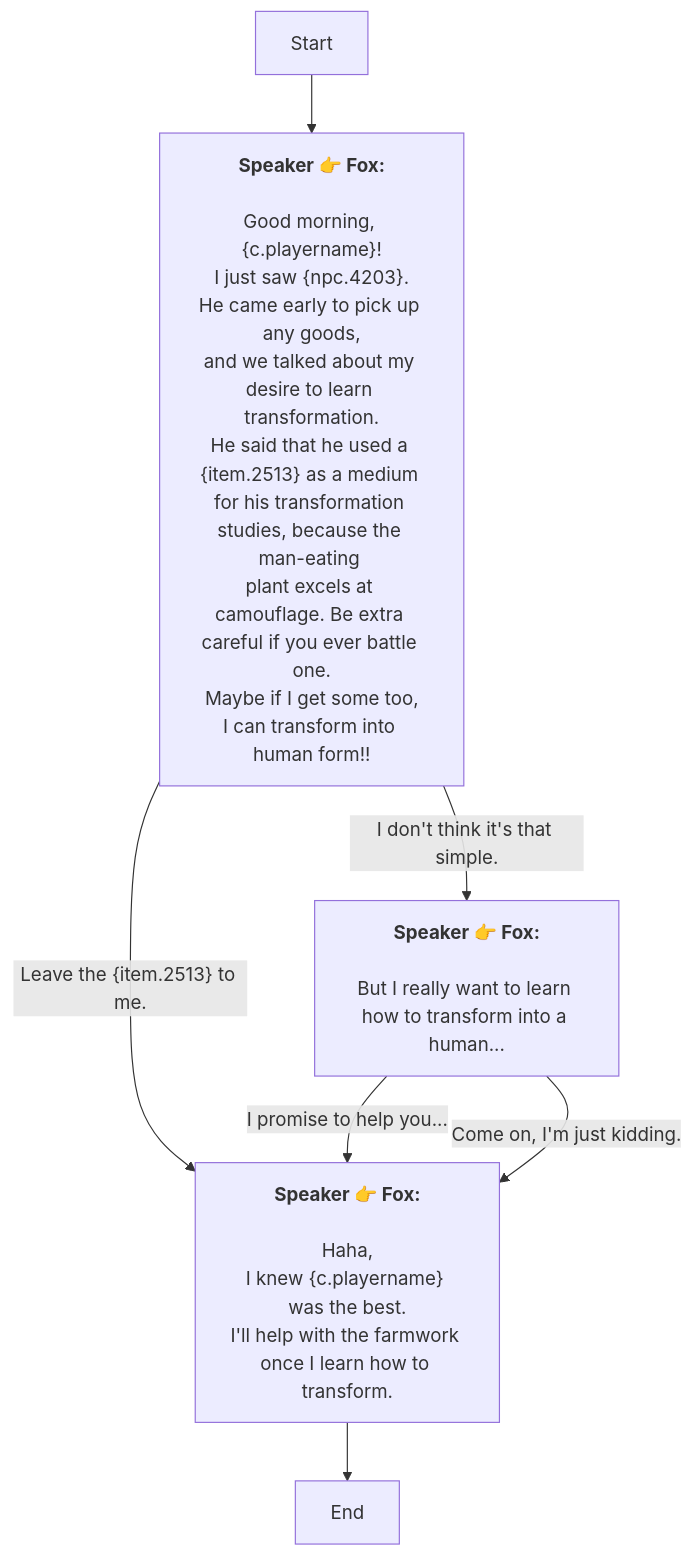
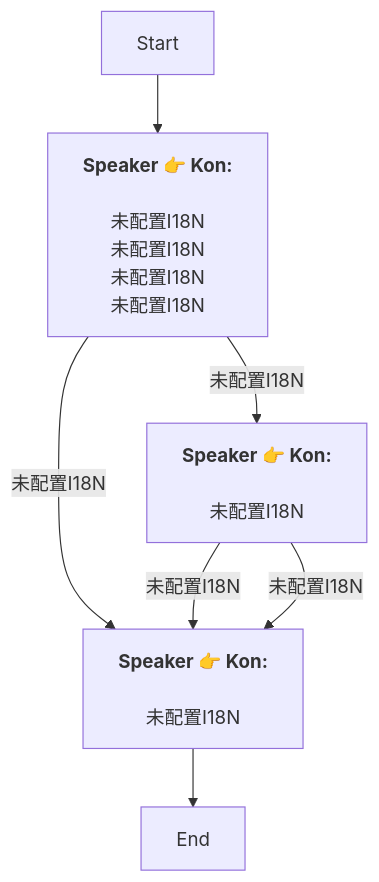
Before and after one commit to SoftHu/tos_avg: the diagram in En/QuestStartTalkENode_1738538277243034.md, drawn with Mermaid. The commit also changed 730 other files, not shown here.

````diff
--- a/En/QuestStartTalkENode_1738538277243034.md
+++ b/En/QuestStartTalkENode_1738538277243034.md
@@ -1,26 +1,15 @@
 ```mermaid
 graph
-Start -->1738538993755293[<b>Speaker 👉 Fox:</b>
-\nGood morning, &lbrace;c.playername&rbrace;!\nI just saw &lbrace;npc.4203&rbrace;.
-He came early to pick up any goods,
-and we talked about my desire to learn transformation.\nHe said that he used a &lbrace;item.2513&rbrace; as a medium 
-for his transformation studies, because the man-eating 
-plant excels at camouflage. Be extra careful if you ever battle one.\nMaybe if I get some too,
-I can transform into human form!!]
-1738538993755293 -->|Leave the &lbrace;item.2513&rbrace; to me.|1738539326217385[<b>Speaker 👉 Fox:</b>
-\nHaha,
-I knew &lbrace;c.playername&rbrace; was the best.
-I'll help with the farmwork once I learn how to transform.]
-1738538993755293 -->|I don't think it's that simple.|1738539246921891[<b>Speaker 👉 Fox:</b>
-\nBut I really want to learn how to transform into a human...]
-1738539246921891 -->|I promise to help you...|1738539326217385[<b>Speaker 👉 Fox:</b>
-\nHaha,
-I knew &lbrace;c.playername&rbrace; was the best.
-I'll help with the farmwork once I learn how to transform.]
-1738539246921891 -->|Come on, I'm just kidding.|1738539326217385[<b>Speaker 👉 Fox:</b>
-\nHaha,
-I knew &lbrace;c.playername&rbrace; was the best.
-I'll help with the farmwork once I learn how to transform.]
+Start -->1738538993755293[<b>Speaker 👉 Kon:</b>
+\n未配置I18N\n未配置I18N\n未配置I18N\n未配置I18N]
+1738538993755293 -->|未配置I18N|1738539326217385[<b>Speaker 👉 Kon:</b>
+\n未配置I18N]
+1738538993755293 -->|未配置I18N|1738539246921891[<b>Speaker 👉 Kon:</b>
+\n未配置I18N]
+1738539246921891 -->|未配置I18N|1738539326217385[<b>Speaker 👉 Kon:</b>
+\n未配置I18N]
+1738539246921891 -->|未配置I18N|1738539326217385[<b>Speaker 👉 Kon:</b>
+\n未配置I18N]
 1738539326217385 -->1738539373948074[End]
 
 ```
````
